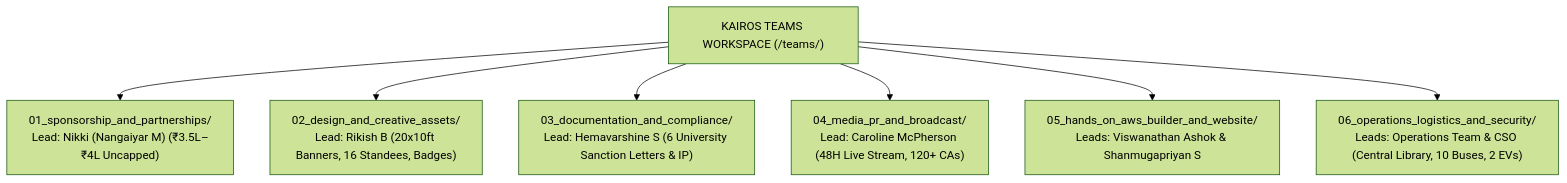
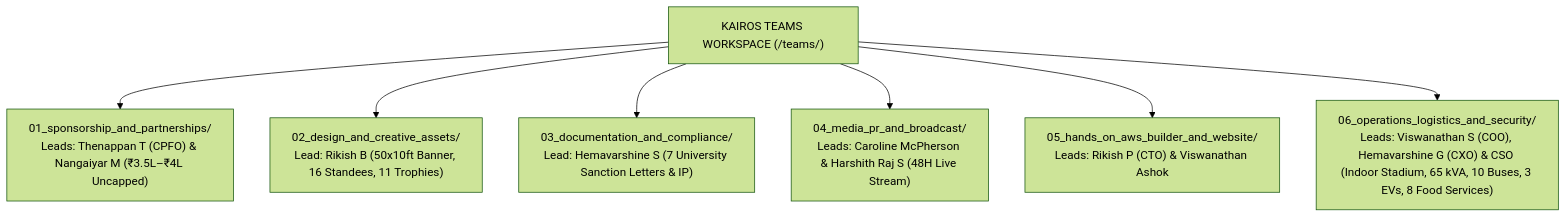
Before and after one commit to MasterZ1311/Kairos: the first of 3 diagrams in README.md, drawn with Mermaid (forest theme). The commit also changed other lines of this file and 28 other files, not shown here.

````diff
--- a/README.md
+++ b/README.md
@@ -34,11 +34,11 @@
 ```mermaid
 graph TD
     TEAMS["KAIROS TEAMS WORKSPACE (/teams/)"]
     
-    TEAMS --> T1["01_sponsorship_and_partnerships/<br/>Lead: Nikki (Nangaiyar M) (₹3.5L–₹4L Uncapped)"]
-    TEAMS --> T2["02_design_and_creative_assets/<br/>Lead: Rikish B (20x10ft Banners, 16 Standees, Badges)"]
-    TEAMS --> T3["03_documentation_and_compliance/<br/>Lead: Hemavarshine S (6 University Sanction Letters & IP)"]
-    TEAMS --> T4["04_media_pr_and_broadcast/<br/>Lead: Caroline McPherson (48H Live Stream, 120+ CAs)"]
-    TEAMS --> T5["05_hands_on_aws_builder_and_website/<br/>Leads: Viswanathan Ashok & Shanmugapriyan S"]
-    TEAMS --> T6["06_operations_logistics_and_security/<br/>Leads: Operations Team & CSO (Central Library, 10 Buses, 2 EVs)"]
+    TEAMS --> T1["01_sponsorship_and_partnerships/<br/>Leads: Thenappan T (CPFO) & Nangaiyar M (₹3.5L–₹4L Uncapped)"]
+    TEAMS --> T2["02_design_and_creative_assets/<br/>Lead: Rikish B (50x10ft Banner, 16 Standees, 11 Trophies)"]
+    TEAMS --> T3["03_documentation_and_compliance/<br/>Lead: Hemavarshine S (7 University Sanction Letters & IP)"]
+    TEAMS --> T4["04_media_pr_and_broadcast/<br/>Leads: Caroline McPherson & Harshith Raj S (48H Live Stream)"]
+    TEAMS --> T5["05_hands_on_aws_builder_and_website/<br/>Leads: Rikish P (CTO) & Viswanathan Ashok"]
+    TEAMS --> T6["06_operations_logistics_and_security/<br/>Leads: Viswanathan S (COO), Hemavarshine G (CXO) & CSO (Indoor Stadium, 65 kVA, 10 Buses, 3 EVs, 8 Food Services)"]
 ```
````
